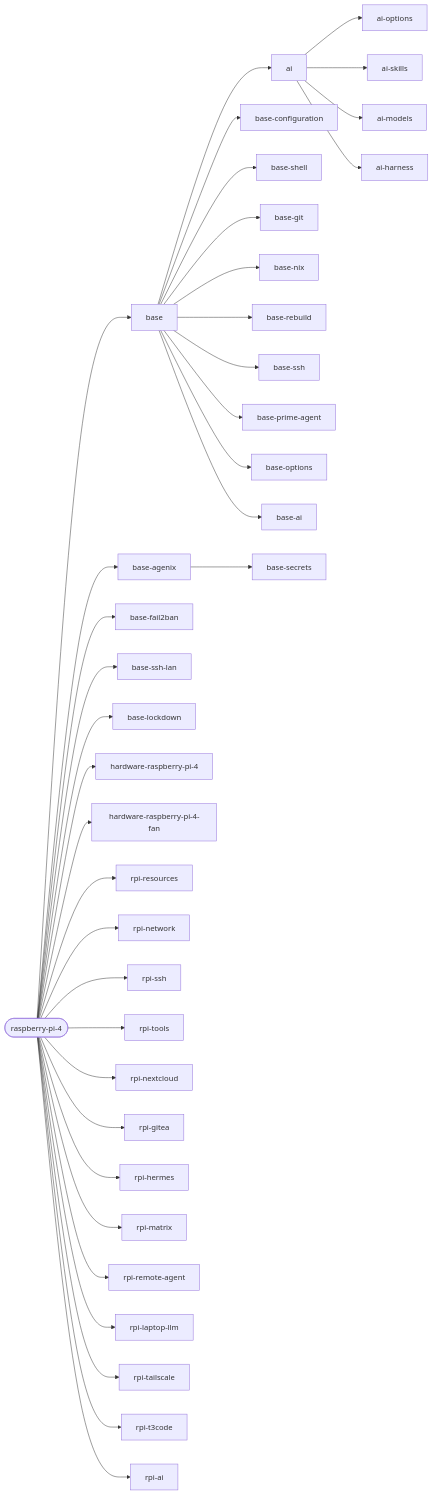
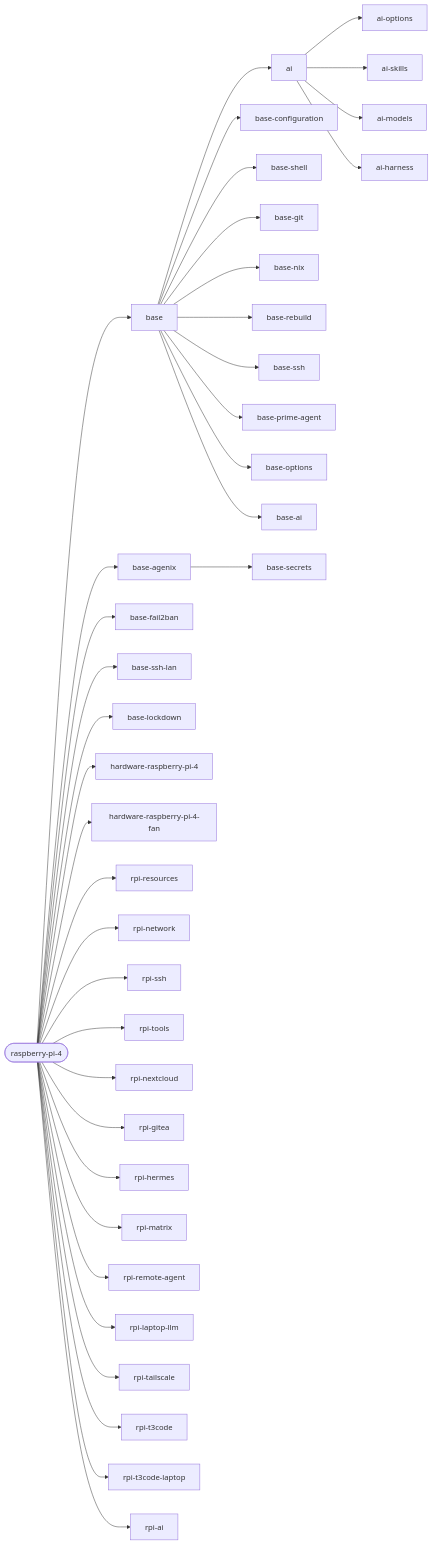
Before and after one commit to janusz-bit/nixos: the second of 3 diagrams in docs/reference/hosts.md, drawn with Mermaid. The commit also changed other lines of this file and 15 other files, not shown here.

First line of the commit message:
hosts: let t3code on the rpi send sessions to the laptop

````diff
--- a/docs/reference/hosts.md
+++ b/docs/reference/hosts.md
@@ -134,39 +136,40 @@
 ```mermaid
 flowchart LR
   host_raspberry_pi_4([raspberry-pi-4])
   host_raspberry_pi_4 --> base[base]
   host_raspberry_pi_4 --> base_agenix[base-agenix]
   host_raspberry_pi_4 --> base_fail2ban[base-fail2ban]
   host_raspberry_pi_4 --> base_ssh_lan[base-ssh-lan]
   host_raspberry_pi_4 --> base_lockdown[base-lockdown]
   host_raspberry_pi_4 --> hardware_raspberry_pi_4[hardware-raspberry-pi-4]
   host_raspberry_pi_4 --> hardware_raspberry_pi_4_fan[hardware-raspberry-pi-4-fan]
   host_raspberry_pi_4 --> rpi_resources[rpi-resources]
   host_raspberry_pi_4 --> rpi_network[rpi-network]
   host_raspberry_pi_4 --> rpi_ssh[rpi-ssh]
   host_raspberry_pi_4 --> rpi_tools[rpi-tools]
   host_raspberry_pi_4 --> rpi_nextcloud[rpi-nextcloud]
   host_raspberry_pi_4 --> rpi_gitea[rpi-gitea]
   host_raspberry_pi_4 --> rpi_hermes[rpi-hermes]
   host_raspberry_pi_4 --> rpi_matrix[rpi-matrix]
   host_raspberry_pi_4 --> rpi_remote_agent[rpi-remote-agent]
   host_raspberry_pi_4 --> rpi_laptop_llm[rpi-laptop-llm]
   host_raspberry_pi_4 --> rpi_tailscale[rpi-tailscale]
   host_raspberry_pi_4 --> rpi_t3code[rpi-t3code]
+  host_raspberry_pi_4 --> rpi_t3code_laptop[rpi-t3code-laptop]
   host_raspberry_pi_4 --> rpi_ai[rpi-ai]
   ai --> ai_options[ai-options]
   ai --> ai_skills[ai-skills]
   ai --> ai_models[ai-models]
   ai --> ai_harness[ai-harness]
   base --> base_configuration[base-configuration]
   base --> base_shell[base-shell]
   base --> base_git[base-git]
   base --> base_nix[base-nix]
   base --> base_rebuild[base-rebuild]
   base --> base_ssh[base-ssh]
   base --> base_prime_agent[base-prime-agent]
   base --> base_options[base-options]
   base --> ai[ai]
   base --> base_ai[base-ai]
   base_agenix --> base_secrets[base-secrets]
 ```
````
